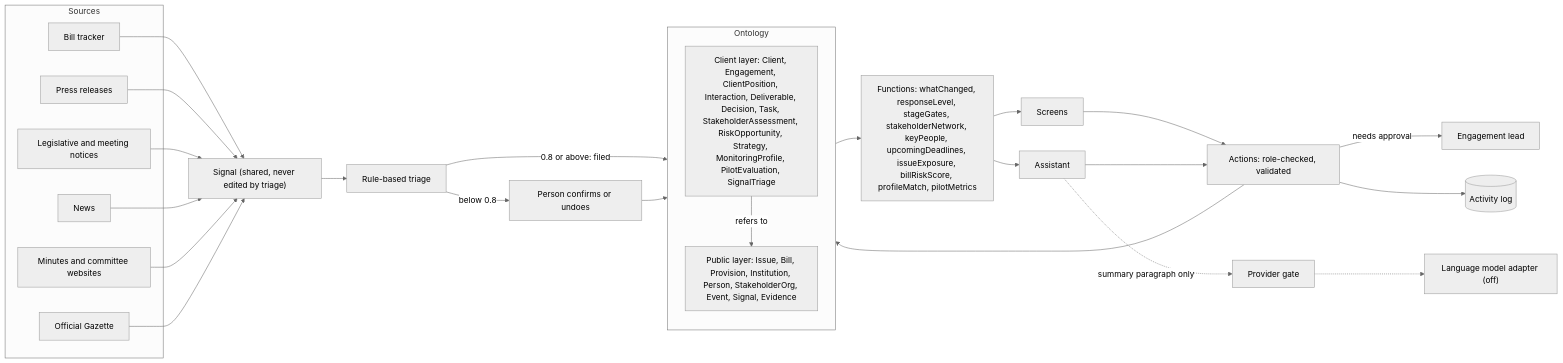
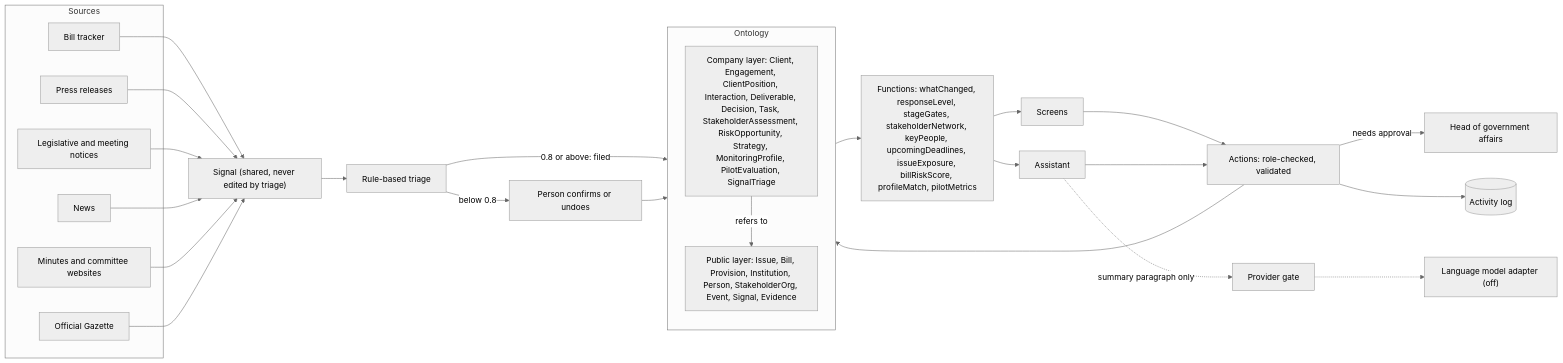
Before and after one commit to AI-odyssey/korea-policy-ontology: the first of 2 diagrams in docs/reference.md, drawn with Mermaid (neutral theme). The commit also changed other lines of this file and 40 other files, not shown here.

Commit message:
Reframe the demo as a tool for a company's in-house government-affairs team

````diff
--- a/docs/reference.md
+++ b/docs/reference.md
@@ -91,43 +91,43 @@
 ```mermaid
 flowchart LR
   subgraph Sources
     S1[Bill tracker]
     S2[Press releases]
     S3[Legislative and meeting notices]
     S4[News]
     S5[Minutes and committee websites]
     S6[Official Gazette]
   end
   SIG["Signal (shared, never edited by triage)"]
   TR["Rule-based triage"]
   HUM["Person confirms or undoes"]
   subgraph ONT[Ontology]
     direction TB
     PUB["Public layer: Issue, Bill, Provision, Institution, Person, StakeholderOrg, Event, Signal, Evidence"]
-    CLI["Client layer: Client, Engagement, ClientPosition, Interaction, Deliverable, Decision, Task, StakeholderAssessment, RiskOpportunity, Strategy, MonitoringProfile, PilotEvaluation, SignalTriage"]
+    CLI["Company layer: Client, Engagement, ClientPosition, Interaction, Deliverable, Decision, Task, StakeholderAssessment, RiskOpportunity, Strategy, MonitoringProfile, PilotEvaluation, SignalTriage"]
     CLI -->|refers to| PUB
   end
   FN["Functions: whatChanged, responseLevel, stageGates, stakeholderNetwork, keyPeople, upcomingDeadlines, issueExposure, billRiskScore, profileMatch, pilotMetrics"]
   UI["Screens"]
   AG["Assistant"]
   ACT["Actions: role-checked, validated"]
-  LEAD["Engagement lead"]
+  LEAD["Head of government affairs"]
   LOG[("Activity log")]
   GATE["Provider gate"]
   LLM["Language model adapter (off)"]
   S1 & S2 & S3 & S4 & S5 & S6 --> SIG
   SIG --> TR
   TR -->|"0.8 or above: filed"| ONT
   TR -->|"below 0.8"| HUM
   HUM --> ONT
   ONT --> FN
   FN --> UI
   FN --> AG
   UI --> ACT
   AG --> ACT
   ACT -->|"needs approval"| LEAD
   ACT --> LOG
   ACT --> ONT
   AG -.->|"summary paragraph only"| GATE
   GATE -.-> LLM
 ```
````
